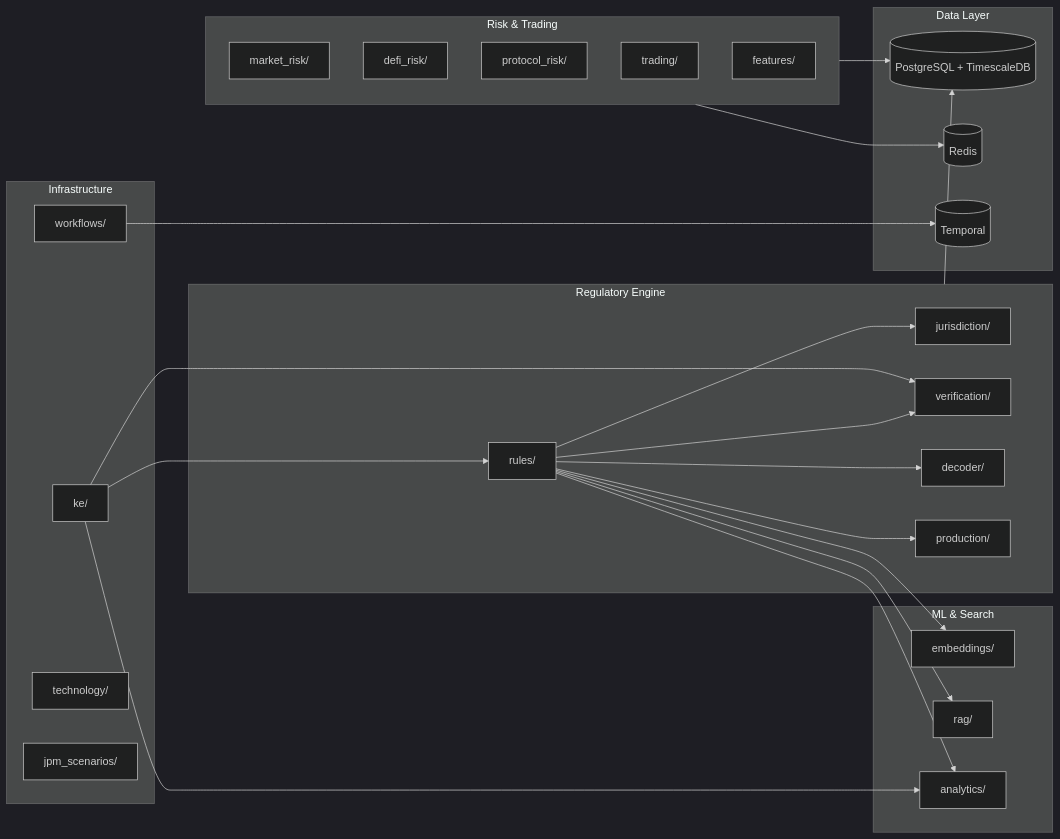
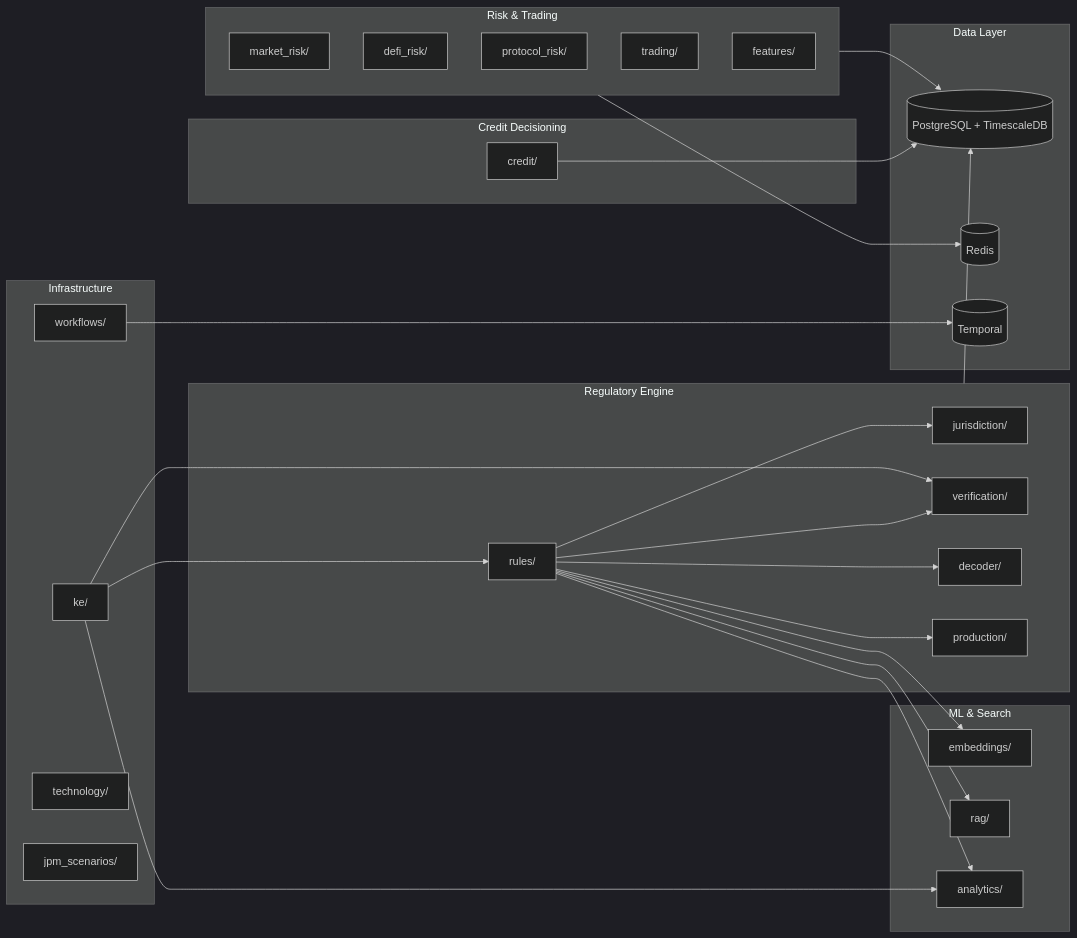
The diagram in README.md (hossainpazooki/institutional-defi-platform-api), drawn with Mermaid (dark theme) before and after one commit. The commit also changed other lines of this file and 6 other files, not shown here.

Commit message:
credit decisioning domain, mypy --strict test scripts and error fixes, updated README

````diff
--- a/README.md
+++ b/README.md
@@ -25,48 +26,53 @@
 ```mermaid
 flowchart LR
     subgraph Regulatory["Regulatory Engine"]
         Rules[rules/] --> Jurisdiction[jurisdiction/]
         Rules --> Verification[verification/]
         Rules --> Decoder[decoder/]
         Rules --> Production[production/]
     end
 
     subgraph ML["ML & Search"]
         Embeddings[embeddings/]
         RAG[rag/]
         Analytics[analytics/]
     end
 
     subgraph Risk["Risk & Trading"]
         MarketRisk[market_risk/]
         DeFiRisk[defi_risk/]
         ProtocolRisk[protocol_risk/]
         Trading[trading/]
         Features[features/]
     end
 
+    subgraph Credit["Credit Decisioning"]
+        CreditPipeline[credit/]
+    end
+
     subgraph Infra["Infrastructure"]
         Workflows[workflows/]
         KE[ke/]
         Technology[technology/]
         JPM[jpm_scenarios/]
     end
 
     Rules --> Embeddings
     Rules --> RAG
     Rules --> Analytics
     KE --> Rules
     KE --> Verification
     KE --> Analytics
+    CreditPipeline --> PG
 
     subgraph Data["Data Layer"]
         PG[(PostgreSQL + TimescaleDB)]
         Redis[(Redis)]
         Temporal[(Temporal)]
     end
 
     Regulatory --> PG
     Risk --> PG
     Risk --> Redis
     Workflows --> Temporal
 ```
````
